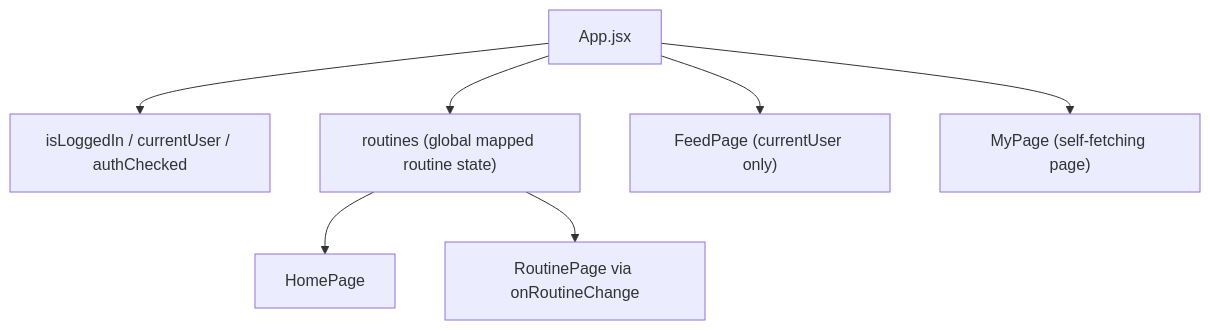
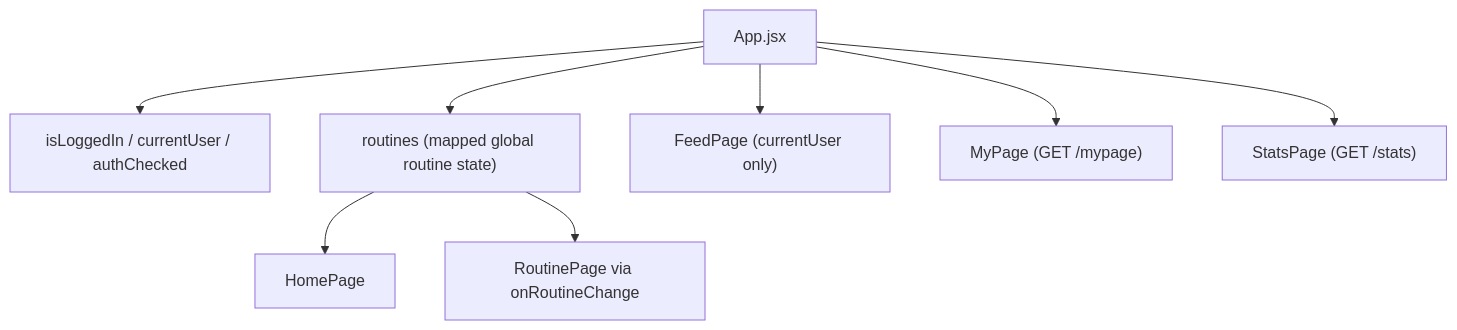
The third of 16 diagrams in docs/architecture-overview.md (junseoja/capston), drawn with Mermaid before and after one commit. The commit also changed other lines of this file and 20 other files, not shown here.

````diff
--- a/docs/architecture-overview.md
+++ b/docs/architecture-overview.md
@@ -82,9 +138,10 @@
 ```mermaid
 flowchart TD
     APP["App.jsx"] --> AUTH["isLoggedIn / currentUser / authChecked"]
-    APP --> ROUTINES["routines (global mapped routine state)"]
+    APP --> ROUTINES["routines (mapped global routine state)"]
     ROUTINES --> HOME["HomePage"]
     ROUTINES --> ROUTINE["RoutinePage via onRoutineChange"]
     APP --> FEED["FeedPage (currentUser only)"]
-    APP --> MY["MyPage (self-fetching page)"]
+    APP --> MY["MyPage (GET /mypage)"]
+    APP --> STATS["StatsPage (GET /stats)"]
 ```
````
